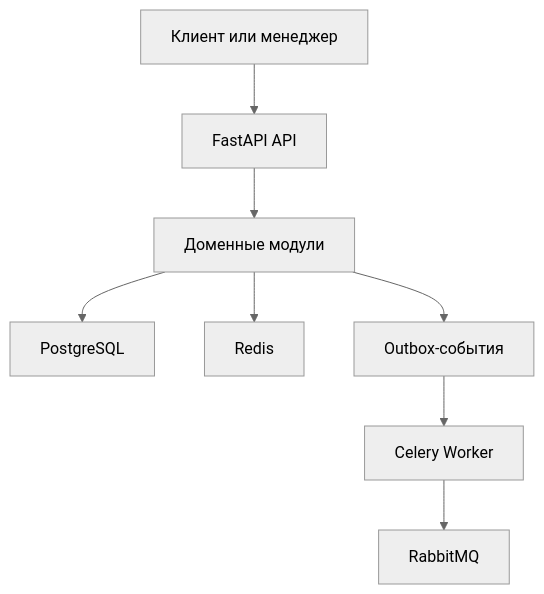
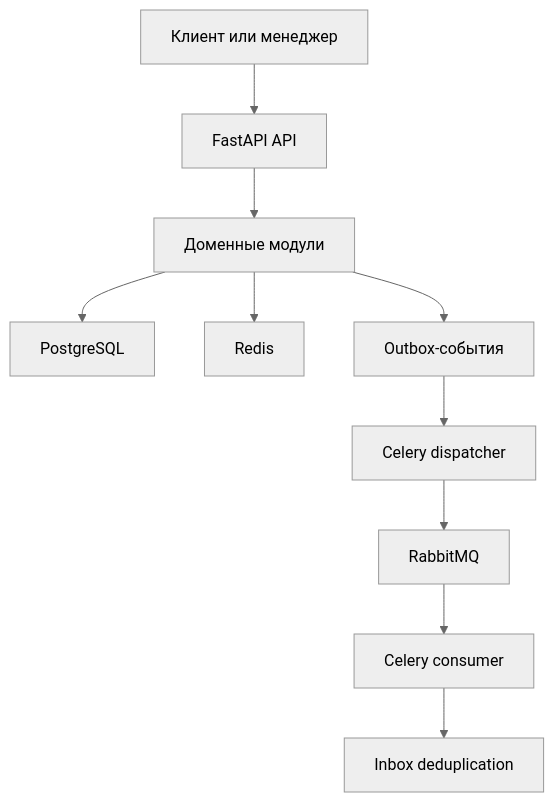
One commit to sqoapwish/orderflow changed the diagram in README.md. Above: the diagram before and after it, drawn with Mermaid (neutral theme). The commit also changed other lines of this file and 33 other files, not shown here.

````diff
--- a/README.md
+++ b/README.md
@@ -55,10 +60,12 @@
 ```mermaid
 flowchart TD
     Client["Клиент или менеджер"] --> API["FastAPI API"]
     API --> Modules["Доменные модули"]
     Modules --> PostgreSQL["PostgreSQL"]
     Modules --> Redis["Redis"]
     Modules --> Outbox["Outbox-события"]
-    Outbox --> Worker["Celery Worker"]
-    Worker --> RabbitMQ["RabbitMQ"]
+    Outbox --> Dispatcher["Celery dispatcher"]
+    Dispatcher --> RabbitMQ["RabbitMQ"]
+    RabbitMQ --> Consumer["Celery consumer"]
+    Consumer --> Inbox["Inbox deduplication"]
 ```
````
